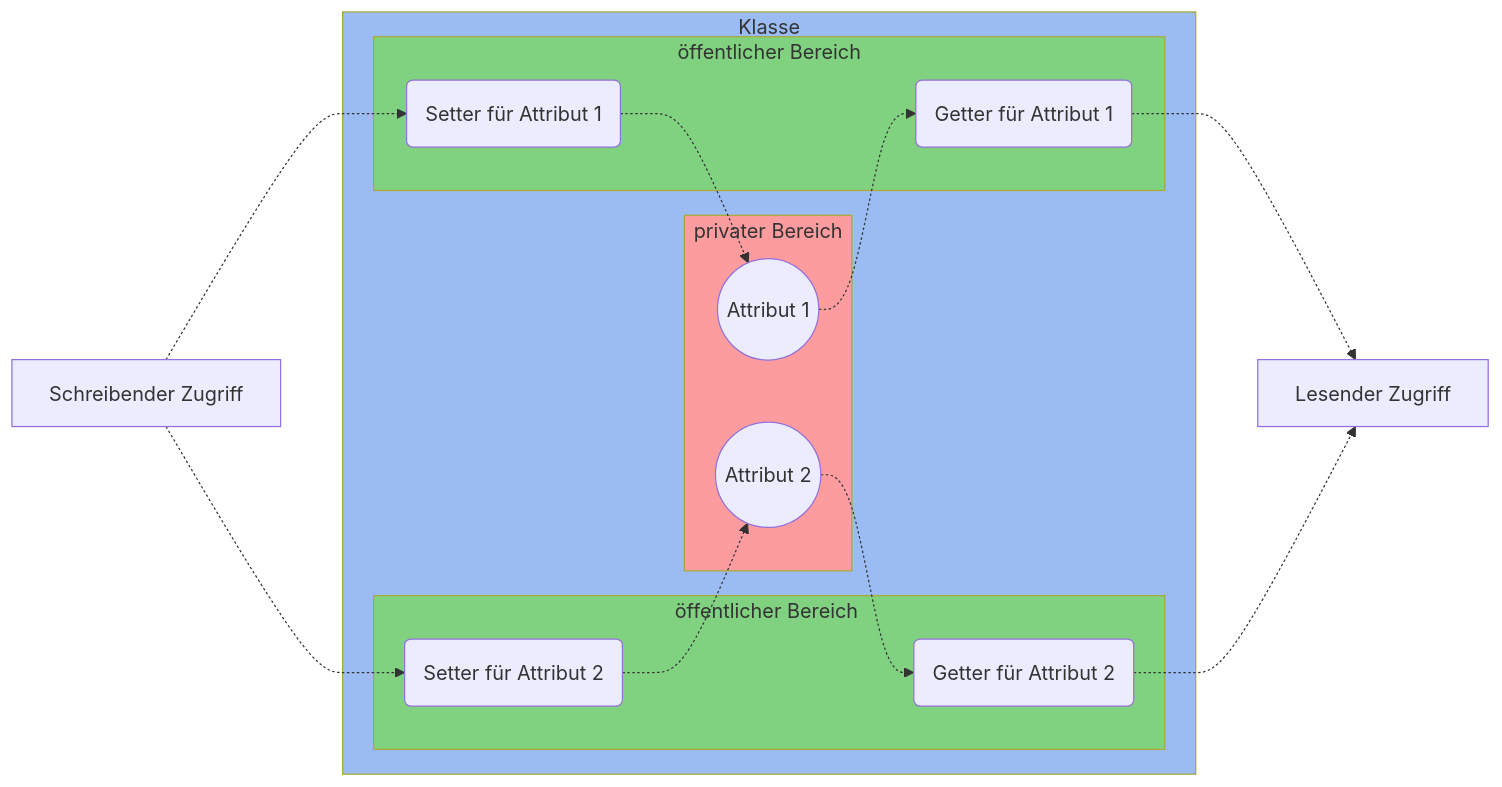
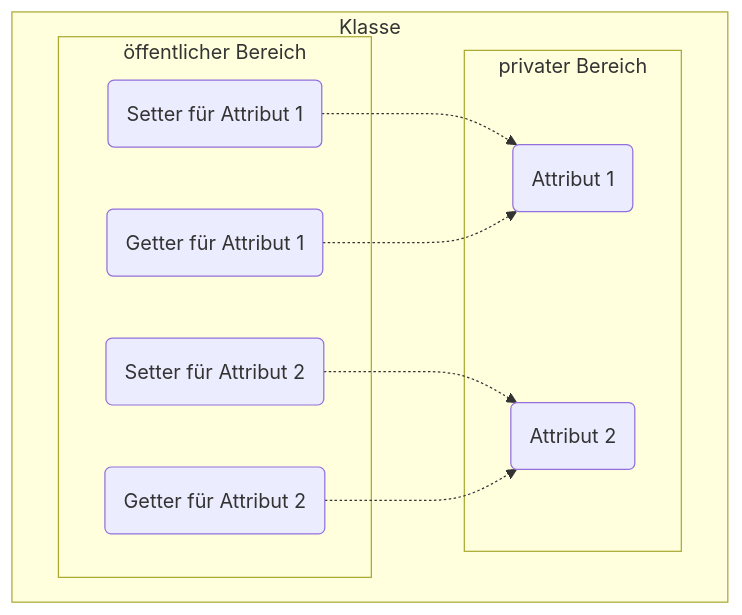
The second of 2 diagrams in docs/documentation/abap-objects/abap-objects.md (appenmaier/s4hana), drawn with Mermaid before and after one commit. The commit also changed other lines of this file and 35 other files, not shown here.

````diff
--- a/docs/documentation/abap-objects/abap-objects.md
+++ b/docs/documentation/abap-objects/abap-objects.md
@@ -43,26 +43,16 @@
 ```mermaid
 flowchart LR
-    write[Schreibender Zugriff] -.-> setter1
-    write -.-> setter2
-    getter1 -.-> read[Lesender Zugriff]
-    getter2 -.-> read
-    subgraph Klasse
-        subgraph privater&#160Bereich
-            attribut1((Attribut 1))
-            attribut2((Attribut 2))
-        end
-        subgraph öffentlicher&#160Bereich
-            setter1(Setter für Attribut 1) -.-> attribut1
-            attribut1 -.-> getter1(Getter für Attribut 1)
-        end
-        subgraph öffentlicher&#160Bereich&#160
-            setter2(Setter für Attribut 2) -.-> attribut2
-            attribut2 -.-> getter2(Getter für Attribut 2)
-        end
-    end
-
-    style Klasse fill:#9abcf2
-    style privater&#160Bereich fill:#fd9c9f
-    style öffentlicher&#160Bereich fill:#80d280
-    style öffentlicher&#160Bereich&#160 fill:#80d280
+   subgraph Klasse
+      direction LR
+      subgraph privater Bereich
+         attribut1(Attribut 1)
+         attribut2(Attribut 2)
+      end
+      subgraph öffentlicher Bereich
+         setter1(Setter für Attribut 1) -.-> attribut1
+         setter2(Setter für Attribut 2) -.-> attribut2
+         getter1(Getter für Attribut 1) -.-> attribut1
+         getter2(Getter für Attribut 2) -.-> attribut2
+      end
+   end
 ```
````
